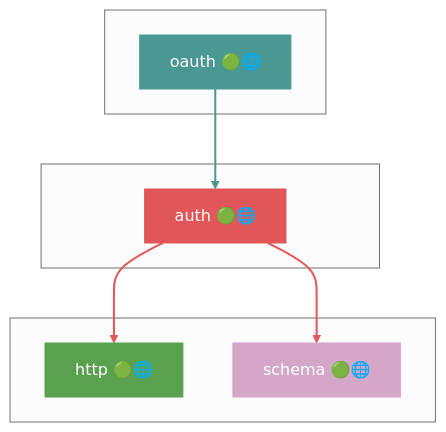
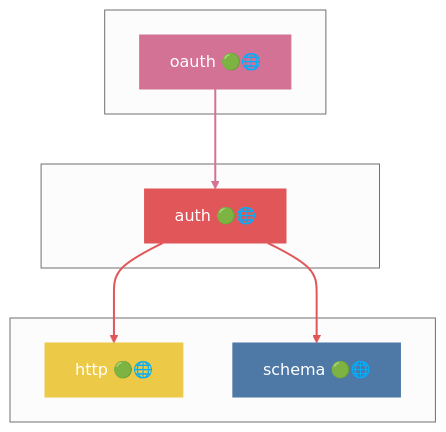
One commit to grest-ts/grest-ts changed the fourth of 48 diagrams in docs/DEPENDENCIES.md. Above: the diagram before and after it, drawn with Mermaid (neutral theme). The commit also changed other lines of this file and 62 other files, not shown here.

````diff
--- a/docs/DEPENDENCIES.md
+++ b/docs/DEPENDENCIES.md
@@ -515,23 +523,23 @@
 ```mermaid
 flowchart TB
     subgraph Dependents[" "]
         oauth["oauth 🟢🌐"]
     end
     subgraph Package[" "]
         auth["auth 🟢🌐"]
     end
     subgraph Dependencies[" "]
         http["http 🟢🌐"]
         schema["schema 🟢🌐"]
     end
     oauth --> auth
     auth --> http
     auth --> schema
     style auth fill:#E15759,stroke:#E15759,color:#fff
-    style oauth fill:#499894,stroke:#499894,color:#fff
-    style http fill:#59A14F,stroke:#59A14F,color:#fff
-    style schema fill:#D4A6C8,stroke:#D4A6C8,color:#fff
-    linkStyle 0 stroke:#499894,stroke-width:2px
+    style oauth fill:#D37295,stroke:#D37295,color:#fff
+    style http fill:#EDC948,stroke:#EDC948,color:#fff
+    style schema fill:#4E79A7,stroke:#4E79A7,color:#fff
+    linkStyle 0 stroke:#D37295,stroke-width:2px
     linkStyle 1 stroke:#E15759,stroke-width:2px
     linkStyle 2 stroke:#E15759,stroke-width:2px
 ```
````
